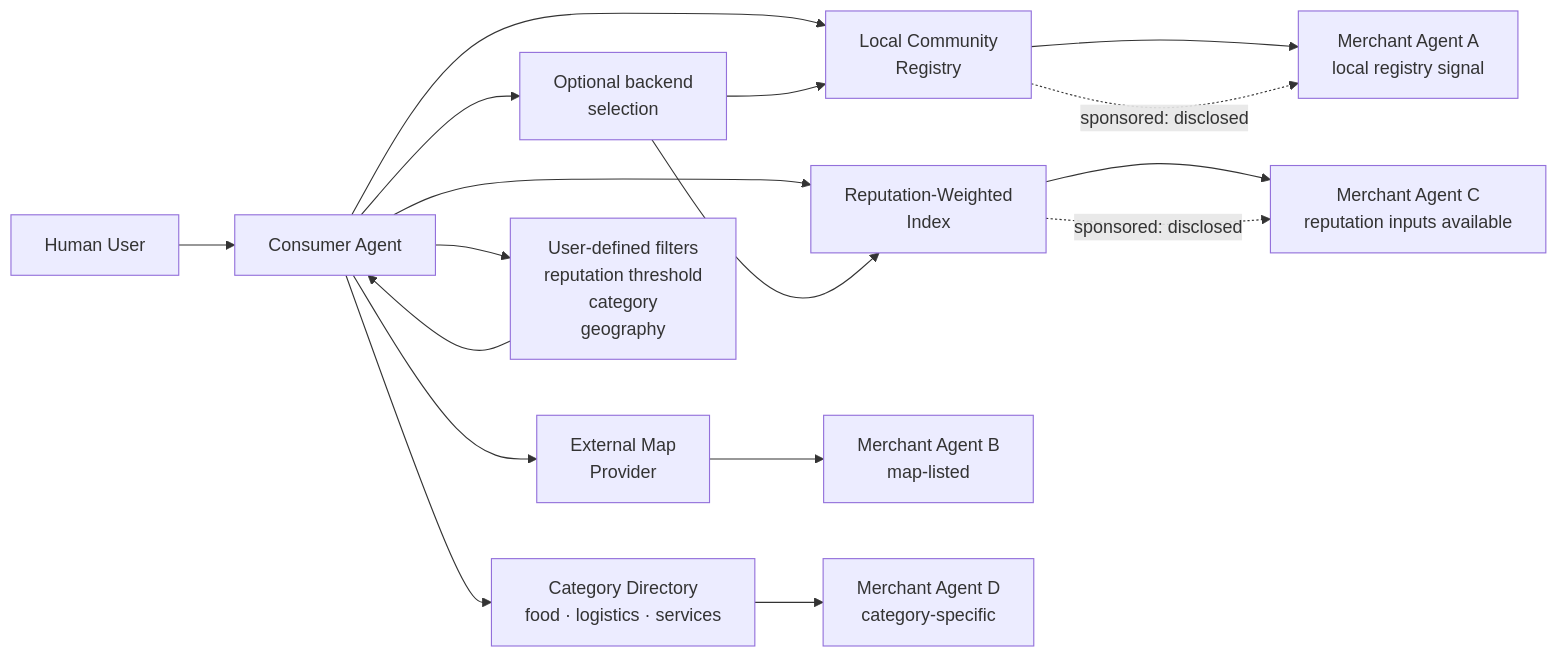
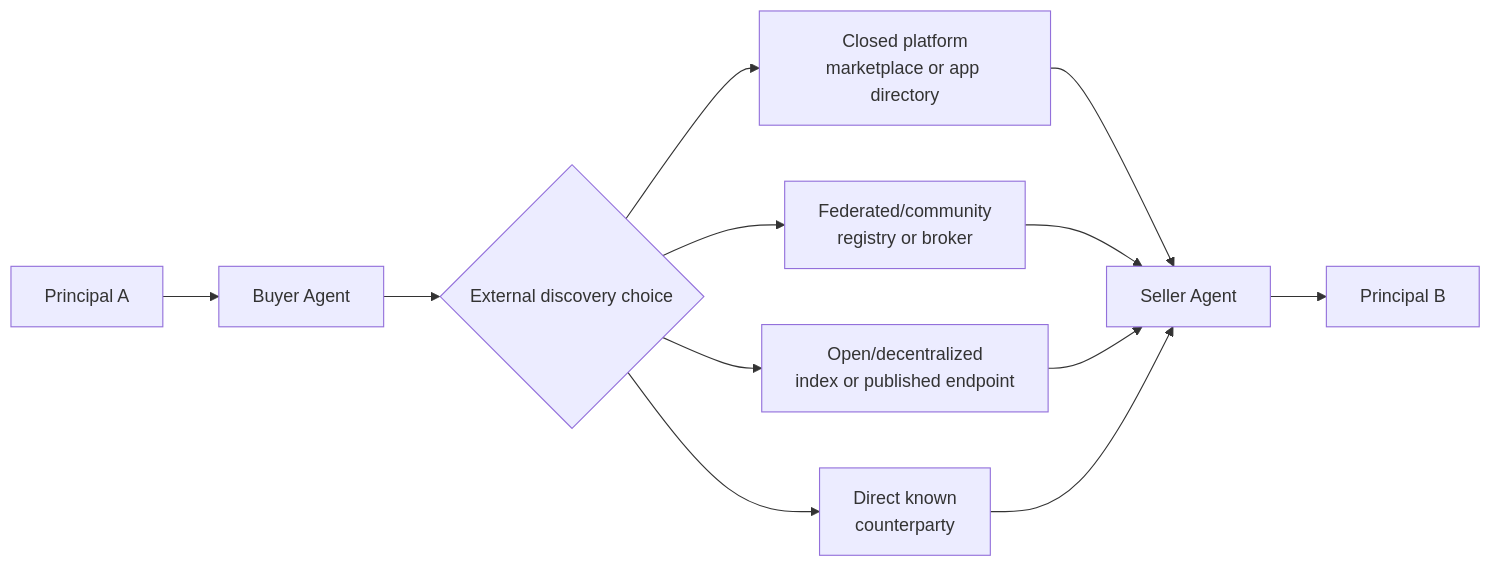
The diagram in diagrams/discovery-topology.md (shuu-beep/arc-protocol), drawn with Mermaid before and after one commit. The commit also changed other lines of this file and 30 other files, not shown here.

````diff
--- a/diagrams/discovery-topology.md
+++ b/diagrams/discovery-topology.md
@@ -10,24 +7,14 @@
 ```mermaid
 flowchart LR
-    U["Human User"] --> CA["Consumer Agent"]
-
-    CA --> DB1["Local Community\nRegistry"]
-    CA --> DB2["External Map\nProvider"]
-    CA --> DB3["Reputation-Weighted\nIndex"]
-    CA --> DB4["Category Directory\nfood · logistics · services"]
-
-    DB1 --> MA1["Merchant Agent A\nlocal registry signal"]
-    DB2 --> MA2["Merchant Agent B\nmap-listed"]
-    DB3 --> MA3["Merchant Agent C\nreputation inputs available"]
-    DB4 --> MA4["Merchant Agent D\ncategory-specific"]
-
-    DB1 -. "sponsored: disclosed" .-> MA1
-    DB3 -. "sponsored: disclosed" .-> MA3
-
-    CA --> SWITCH["Optional backend\nselection"]
-    SWITCH --> DB1
-    SWITCH --> DB3
-
-    CA --> FILTER["User-defined filters\nreputation threshold\ncategory\ngeography"]
-    FILTER --> CA
+    P["Principal A"] --> B["Buyer Agent"]
+    B --> X{"External discovery choice"}
+    X --> C["Closed platform\nmarketplace or app directory"]
+    X --> F["Federated/community\nregistry or broker"]
+    X --> O["Open/decentralized\nindex or published endpoint"]
+    X --> D["Direct known\ncounterparty"]
+    C --> S["Seller Agent"]
+    F --> S
+    O --> S
+    D --> S
+    S --> Q["Principal B"]
 ```
````
